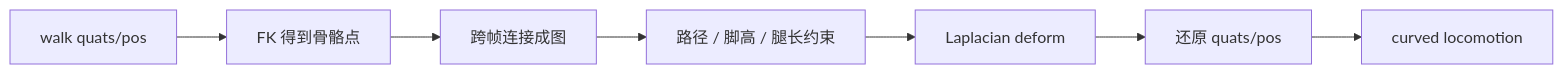
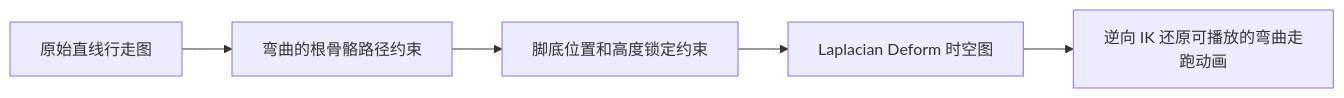
Before and after one commit to EvihGraphics/AnimationTech-HTC: the tenth of 10 diagrams in docs/blog/Theory/laplacian_deformation/README.md, drawn with Mermaid. The commit also changed other lines of this file and 17 other files, not shown here.

Commit message:
docs(blog): standardize AnimationPapers and Theory with modular mermaid flows and media assets

````diff
--- a/docs/blog/Theory/laplacian_deformation/README.md
+++ b/docs/blog/Theory/laplacian_deformation/README.md
@@ -104,9 +211,7 @@
 ```mermaid
 flowchart LR
-    A[walk quats/pos] --> B[FK 得到骨骼点]
-    B --> C[跨帧连接成图]
-    C --> D[路径 / 脚高 / 腿长约束]
-    D --> E[Laplacian deform]
-    E --> F[还原 quats/pos]
-    F --> G[curved locomotion]
+    A[原始直线行走图] --> B[弯曲的根骨骼路径约束]
+    B --> C[脚底位置和高度锁定约束]
+    C --> D[Laplacian Deform 时空图]
+    D --> E[逆向 IK 还原可播放的弯曲走跑动画]
 ```
````
